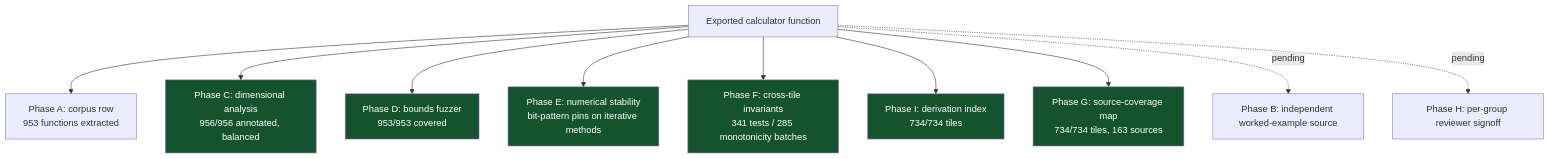
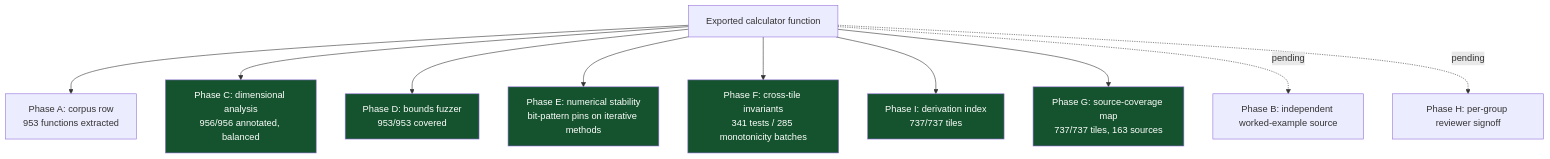
Before and after one commit to clay-good/roughlogic.com: the sixth of 8 diagrams in README.md, drawn with Mermaid. The commit also changed other lines of this file and 22 other files, not shown here.

````diff
--- a/README.md
+++ b/README.md
@@ -519,18 +519,18 @@
 ```mermaid
 flowchart TB
     F[Exported calculator function] --> A[Phase A: corpus row\n953 functions extracted]
     F --> C[Phase C: dimensional analysis\n956/956 annotated, balanced]
     F --> D[Phase D: bounds fuzzer\n953/953 covered]
     F --> E[Phase E: numerical stability\nbit-pattern pins on iterative methods]
     F --> Fa[Phase F: cross-tile invariants\n341 tests / 285 monotonicity batches]
-    F --> I[Phase I: derivation index\n734/734 tiles]
-    F --> G[Phase G: source-coverage map\n734/734 tiles, 163 sources]
+    F --> I[Phase I: derivation index\n737/737 tiles]
+    F --> G[Phase G: source-coverage map\n737/737 tiles, 163 sources]
     F -.pending.-> B[Phase B: independent worked-example source]
     F -.pending.-> H[Phase H: per-group reviewer signoff]
     style C fill:#14532d,color:#fff
     style D fill:#14532d,color:#fff
     style E fill:#14532d,color:#fff
     style Fa fill:#14532d,color:#fff
     style G fill:#14532d,color:#fff
     style I fill:#14532d,color:#fff
 ```
````
